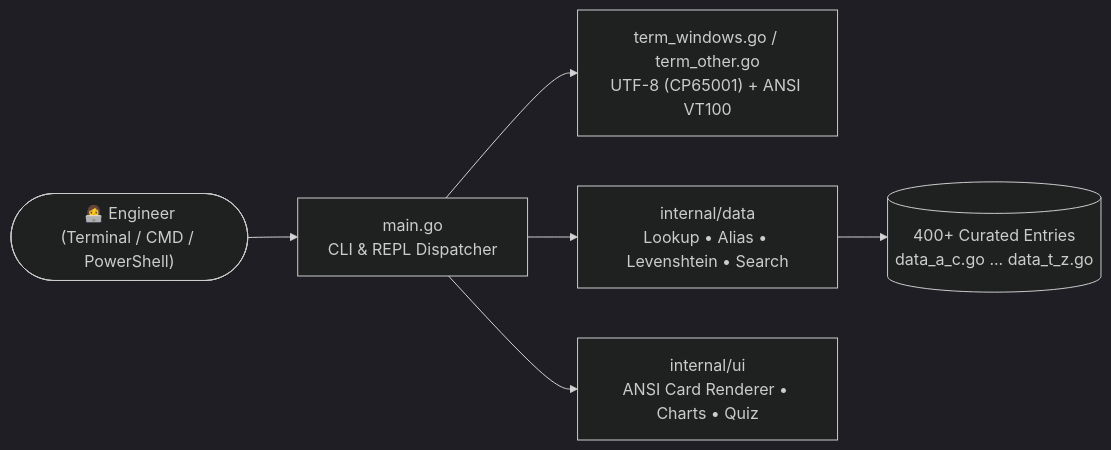
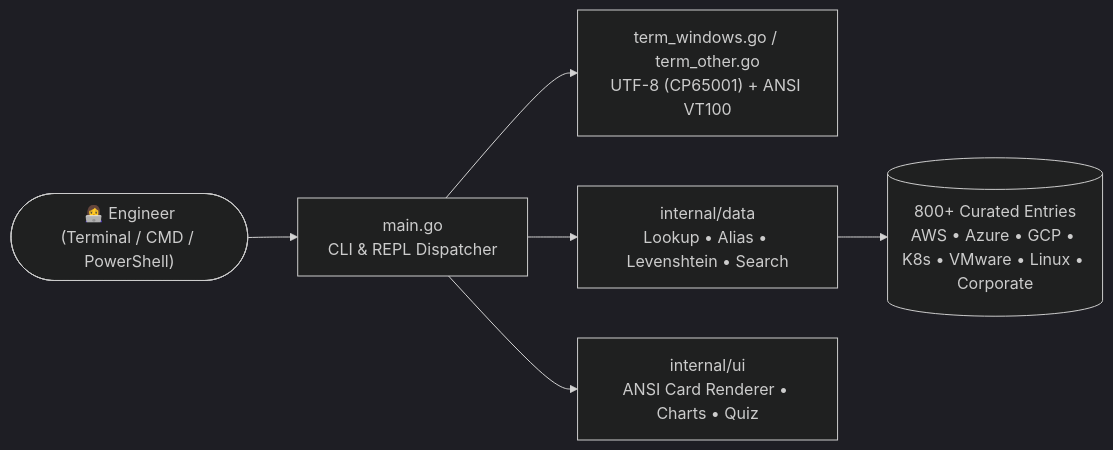
Before and after one commit to espresso20/acronomicon: the diagram in README.md, drawn with Mermaid (dark theme). The commit also changed other lines of this file and 9 other files, not shown here.

Commit message:
feat: expand to 806 acronyms across AWS, Azure, GCP, K8s, VMware, Linux, Red Hat, SUSE & Manager Speak

````diff
--- a/README.md
+++ b/README.md
@@ -291,8 +317,8 @@
 ```mermaid
 flowchart LR
     User(["👩‍💻 Engineer\n(Terminal / CMD / PowerShell)"]) --> CLI["main.go\nCLI & REPL Dispatcher"]
     CLI --> TermInit["term_windows.go / term_other.go\nUTF-8 (CP65001) + ANSI VT100"]
     CLI --> Engine["internal/data\nLookup • Alias • Levenshtein • Search"]
-    Engine --> DB[("400+ Curated Entries\ndata_a_c.go ... data_t_z.go")]
+    Engine --> DB[("800+ Curated Entries\nAWS • Azure • GCP • K8s • VMware • Linux • Corporate")]
     CLI --> UI["internal/ui\nANSI Card Renderer • Charts • Quiz"]
 ```
````
